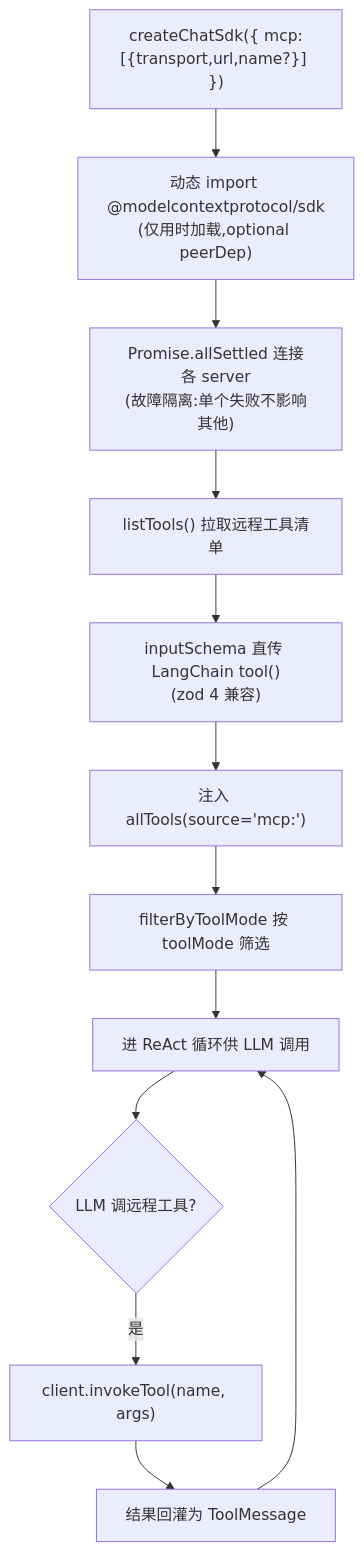
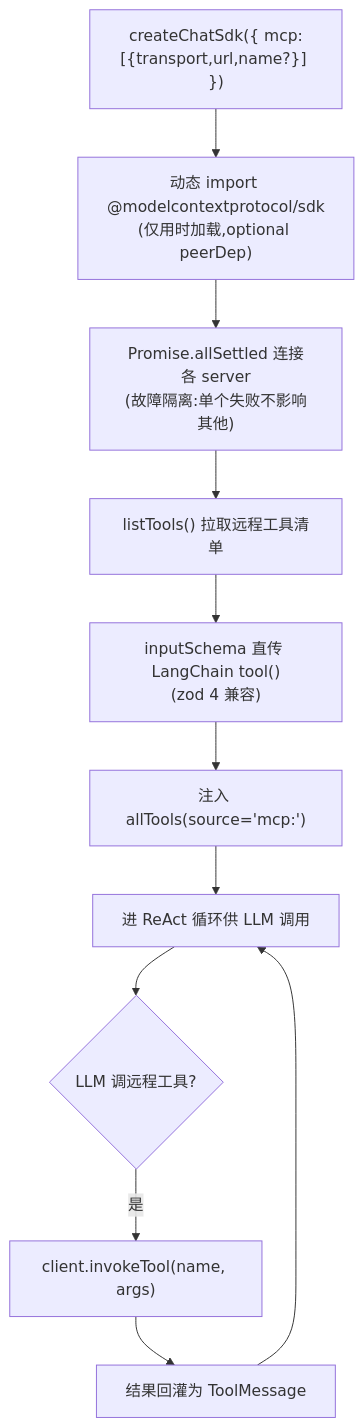
The tenth of 13 diagrams in doc/architecture.md (whyymj/page-agent-sdk), drawn with Mermaid before and after one commit. The commit also changed other lines of this file and 53 other files, not shown here.

Commit message:
release 3.31.0: 移除 interceptors/toolMode 配置面,工具面恒全暴露;DebugDrawer 日志按轮次分组;修复清空日志按钮

````diff
--- a/doc/architecture.md
+++ b/doc/architecture.md
@@ -334,14 +334,13 @@
 ```mermaid
 flowchart TD
   OPT["createChatSdk({ mcp:[{transport,url,name?}] })"] --> DYN["动态 import @modelcontextprotocol/sdk<br/>(仅用时加载,optional peerDep)"]
   DYN --> CONN["Promise.allSettled 连接各 server<br/>(故障隔离:单个失败不影响其他)"]
   CONN --> LIST["listTools() 拉取远程工具清单"]
   LIST --> SCHEMA["inputSchema 直传 LangChain tool()<br/>(zod 4 兼容)"]
   SCHEMA --> INJ["注入 allTools(source='mcp:<name>')"]
-  INJ --> FILTER["filterByToolMode 按 toolMode 筛选"]
-  FILTER --> AGENT["进 ReAct 循环供 LLM 调用"]
+  INJ --> AGENT["进 ReAct 循环供 LLM 调用"]
   AGENT --> CALL{"LLM 调远程工具?"}
   CALL -->|是| INV["client.invokeTool(name, args)"]
   INV --> RES["结果回灌为 ToolMessage"]
   RES --> AGENT
 ```
````
